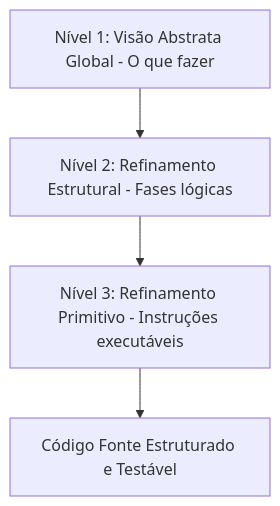
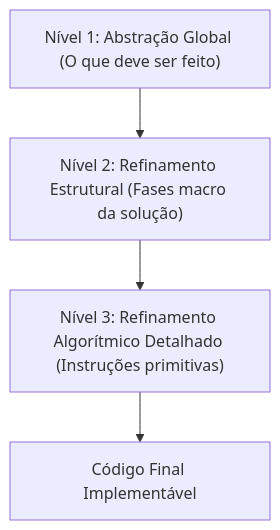
One commit to murilolol/unifef changed the fifth of 27 diagrams in 4º Semestre/[Prof. Wesley Soares] Estrutura de Dados I/Resumos-IA/Caderno-Consolidado.md. Above: the diagram before and after it, drawn with Mermaid. The commit also changed other lines of this file and 58 other files, not shown here.

````diff
--- a/4º Semestre/[Prof. Wesley Soares] Estrutura de Dados I/Resumos-IA/Caderno-Consolidado.md
+++ b/4º Semestre/[Prof. Wesley Soares] Estrutura de Dados I/Resumos-IA/Caderno-Consolidado.md
@@ -294,6 +273,6 @@
 ```mermaid
 flowchart TD
-    N1["Nível 1: Visão Abstrata Global - O que fazer"] --> N2["Nível 2: Refinamento Estrutural - Fases lógicas"]
-    N2 --> N3["Nível 3: Refinamento Primitivo - Instruções executáveis"]
-    N3 --> Code["Código Fonte Estruturado e Testável"]
+  Nivel1["Nível 1: Abstração Global (O que deve ser feito)"] --> Nivel2["Nível 2: Refinamento Estrutural (Fases macro da solução)"]
+  Nivel2 --> Nivel3["Nível 3: Refinamento Algorítmico Detalhado (Instruções primitivas)"]
+  Nivel3 --> Codigo["Código Final Implementável"]
 ```
````
